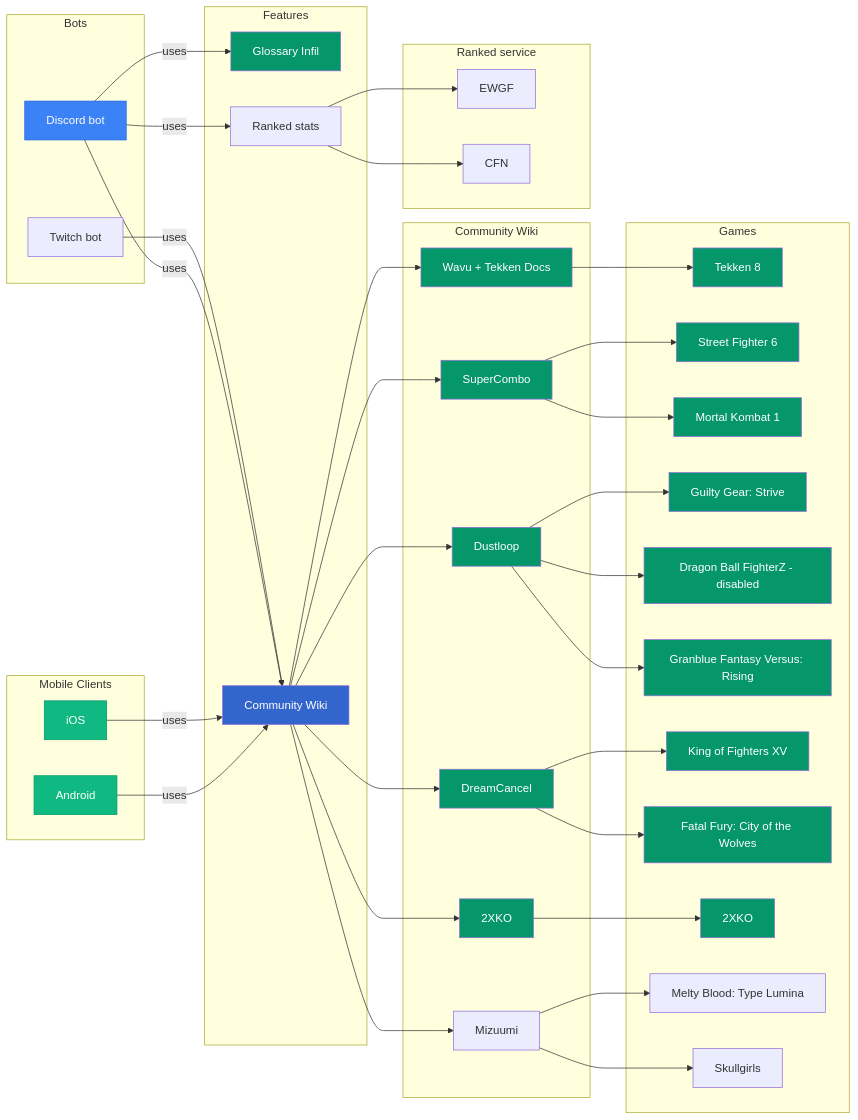
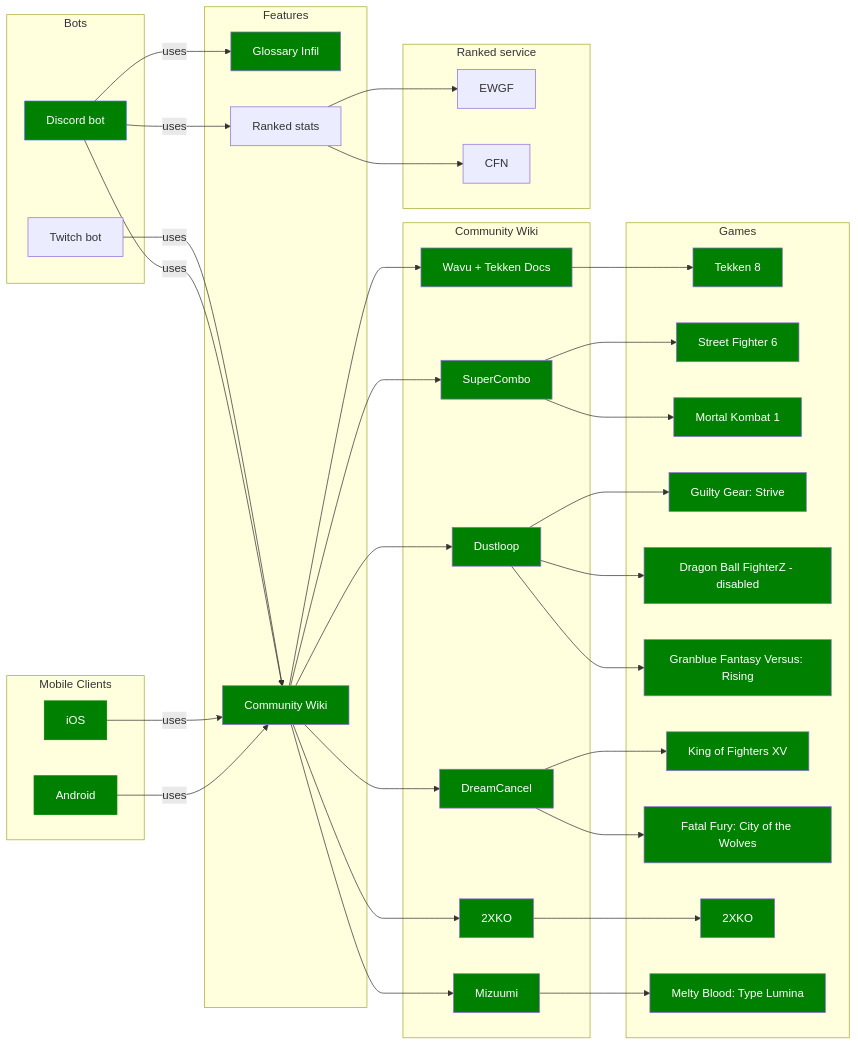
Before and after one commit to Sophon/FightingNerd: the diagram in mermaid/modules.mmd, drawn with Mermaid. The commit also changed 32 other files, not shown here.

```diff
--- a/mermaid/modules.mmd
+++ b/mermaid/modules.mmd
@@ -1,95 +1,98 @@
 graph LR
+    classDef green fill:green,color:#000
+    classDef grey fill:lightgrey,color:#000
+
     subgraph Bots
         discordBot[Discord bot]
         twitchBot[Twitch bot]
     end
 
     subgraph "Mobile Clients"
         android[Android]
         iOS[iOS]
     end
 
     subgraph Features
         glossaryInfil[Glossary Infil]
         communityWiki[Community Wiki]
         elo[Ranked stats]
     end
 
     subgraph Community Wiki
         wikiWavu[Wavu + Tekken Docs]
         supercombo[SuperCombo]
         2xko[2XKO]
         dustloop[Dustloop]
         dreamcancel[DreamCancel]
         mizuumi[Mizuumi]
     end
 
     subgraph Games
         t8[Tekken 8]
         sf6[Street Fighter 6]
         mk1[Mortal Kombat 1]
         ggst[Guilty Gear: Strive]
         dbfz[Dragon Ball FighterZ - disabled]
         gbvsr[Granblue Fantasy Versus: Rising]
         kof15[King of Fighters XV]
         cotw[Fatal Fury: City of the Wolves]
         xko[2XKO]
         melty[Melty Blood: Type Lumina]
-        sg[Skullgirls]
     end
 
     subgraph Ranked service
         ewgf[EWGF]
         cfn[CFN]
     end
 
     android -->|uses| communityWiki
     iOS -->|uses| communityWiki
 
     discordBot -->|uses| glossaryInfil
     discordBot -->|uses| communityWiki
     discordBot -->|uses| elo
     twitchBot -->|uses| communityWiki
 
     communityWiki --> wikiWavu
     communityWiki --> supercombo
     communityWiki --> 2xko
     communityWiki --> dreamcancel
     communityWiki --> dustloop
     communityWiki --> mizuumi
 
     elo --> ewgf
     elo --> cfn
 
     wikiWavu --> t8
     supercombo --> sf6
     supercombo --> mk1
     dustloop --> ggst
     dustloop --> dbfz
     dustloop --> gbvsr
     2xko --> xko
     dreamcancel --> kof15
     dreamcancel --> cotw
     mizuumi --> melty
-    mizuumi --> sg
 
 
-    style discordBot fill:#3B82F6,stroke:#2563EB, color:#fff
-    style android fill:#10B981,stroke:#059669, color:#fff
-    style iOS fill:#10B981,stroke:#059669, color:#fff
-    style glossaryInfil fill:#059669, color:#fff
-    style communityWiki fill:#3366CC, color:#fff
-    style wikiWavu fill:#059669, color:#fff
-    style supercombo fill:#059669, color:#fff
-    style dreamcancel fill:#059669, color:#fff
-    style dustloop fill:#059669, color:#fff
-    style 2xko fill:#059669, color:#fff
-    style t8 fill:#059669, color:#fff
-    style sf6 fill:#059669, color:#fff
-    style xko fill:#059669, color:#fff
-    style kof15 fill:#059669, color:#fff
-    style cotw fill:#059669, color:#fff
-    style ggst fill:#059669, color:#fff
-    style mk1 fill:#059669, color:#fff
-    style dbfz fill:#059669, color:#fff
-    style gbvsr fill:#059669, color:#fff
+    style discordBot fill:green,stroke:#2563EB, color:#fff
+    style android fill:green,stroke:green, color:#fff
+    style iOS fill:green,stroke:green, color:#fff
+    style glossaryInfil fill:green, color:#fff
+    style communityWiki fill:green, color:#fff
+    style wikiWavu fill:green, color:#fff
+    style supercombo fill:green, color:#fff
+    style dreamcancel fill:green, color:#fff
+    style dustloop fill:green, color:#fff
+    style mizuumi fill:green, color:#fff
+    style 2xko fill:green, color:#fff
+    style t8 fill:green, color:#fff
+    style sf6 fill:green, color:#fff
+    style xko fill:green, color:#fff
+    style kof15 fill:green, color:#fff
+    style cotw fill:green, color:#fff
+    style ggst fill:green, color:#fff
+    style mk1 fill:green, color:#fff
+    style dbfz fill:green, color:#fff
+    style gbvsr fill:green, color:#fff
+    style melty fill:green, color:#fff
```
